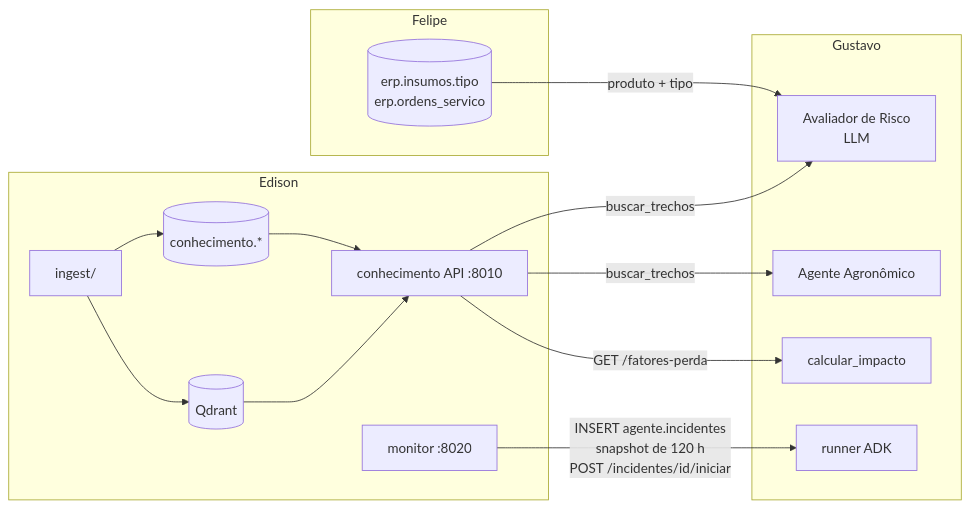
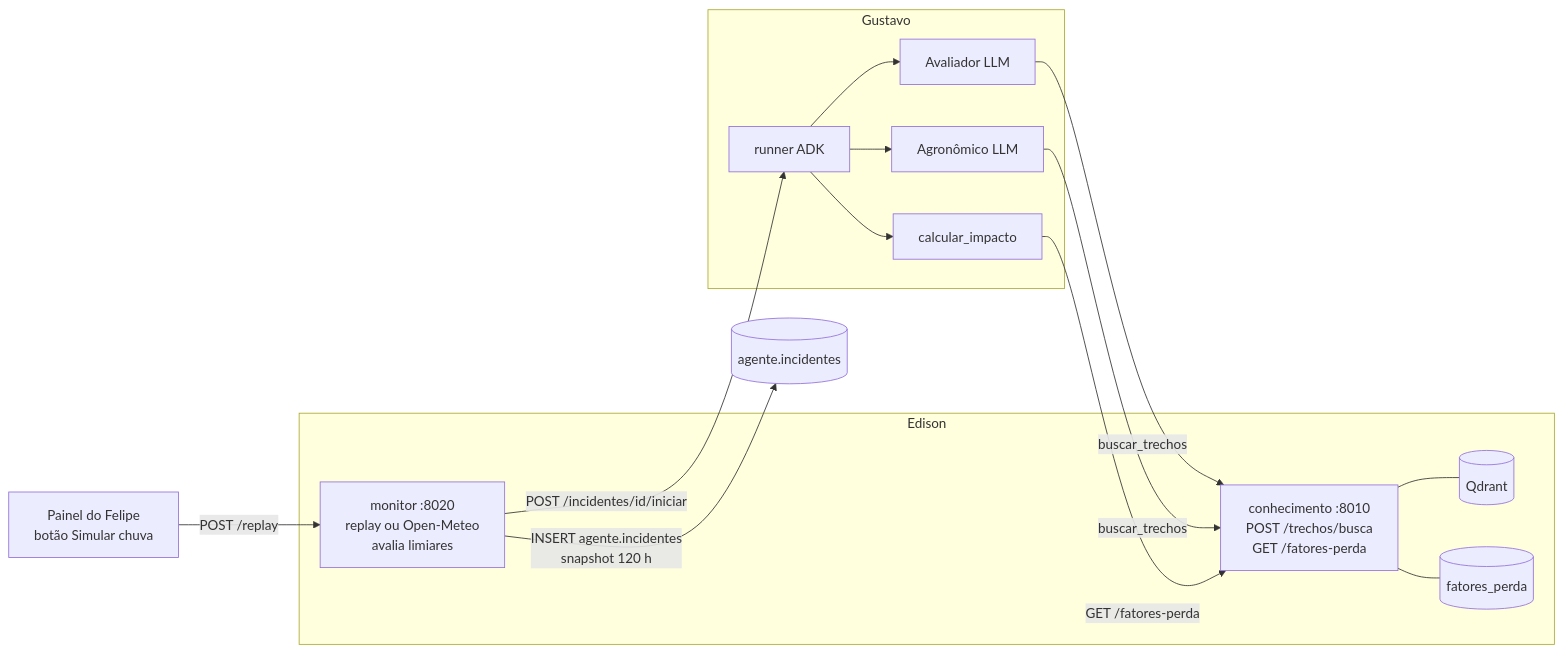
Before and after one commit to EdisonCintra/terra-mind: the third of 3 diagrams in docs/plans/2026-10-28-conhecimento-e-clima.md, drawn with Mermaid. The commit also changed other lines of this file and 3 other files, not shown here.

````diff
--- a/docs/plans/2026-10-28-conhecimento-e-clima.md
+++ b/docs/plans/2026-10-28-conhecimento-e-clima.md
@@ -131,23 +118,24 @@
 ```mermaid
 flowchart LR
+    PAINEL[Painel do Felipe<br/>botão Simular chuva] -->|POST /replay| MON
     subgraph Edison
-        ING[ingest/] --> PG[(conhecimento.*)]
-        ING --> QD[(Qdrant)]
-        PG & QD --> API[conhecimento API :8010]
-        MON[monitor :8020]
-    end
-    subgraph Felipe
-        ERP[(erp.insumos.tipo<br/>erp.ordens_servico)]
+        MON[monitor :8020<br/>replay ou Open-Meteo<br/>avalia limiares]
+        API[conhecimento :8010<br/>POST /trechos/busca<br/>GET /fatores-perda]
+        Q[(Qdrant)]
+        FP[(fatores_perda)]
+        API --- Q
+        API --- FP
     end
     subgraph Gustavo
-        AV[Avaliador de Risco<br/>LLM]
-        AG[Agente Agronômico]
+        RUN[runner ADK]
+        AV[Avaliador LLM]
+        AG[Agronômico LLM]
         IMP[calcular_impacto]
-        RUN[runner ADK]
     end
-    API -->|buscar_trechos| AV
-    API -->|buscar_trechos| AG
-    API -->|GET /fatores-perda| IMP
-    MON -->|INSERT agente.incidentes<br/>snapshot de 120 h<br/>POST /incidentes/id/iniciar| RUN
-    ERP -->|produto + tipo| AV
+    MON -->|INSERT agente.incidentes<br/>snapshot 120 h| DB[(agente.incidentes)]
+    MON -->|POST /incidentes/id/iniciar| RUN
+    RUN --> AV & AG & IMP
+    AV -->|buscar_trechos| API
+    AG -->|buscar_trechos| API
+    IMP -->|GET /fatores-perda| API
 ```
````
